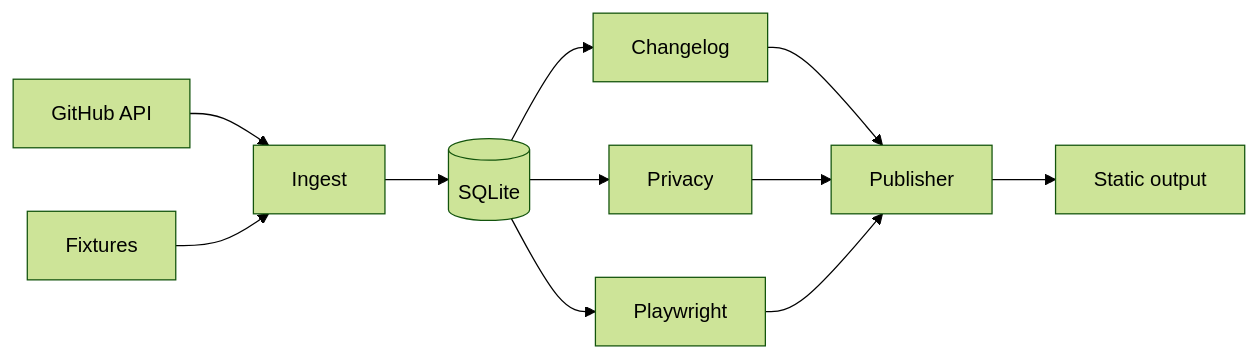
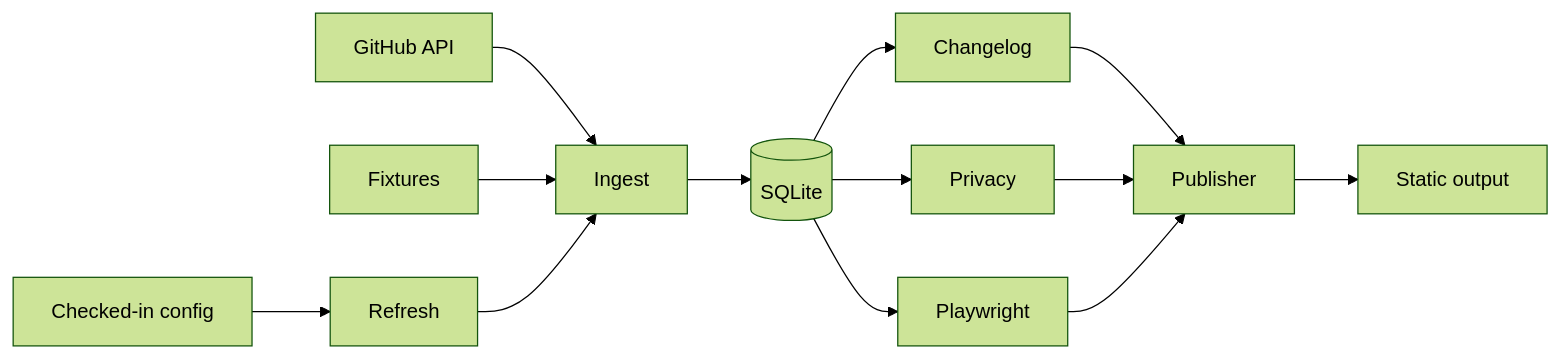
The diagram in README.md (DanielCuevas1208/engineer-profile), drawn with Mermaid (forest theme) before and after one commit. The commit also changed other lines of this file and 11 other files, not shown here.

````diff
--- a/README.md
+++ b/README.md
@@ -21,13 +20,15 @@
 ```mermaid
 flowchart LR
+  C[Checked-in config] --> R[Refresh]
   G[GitHub API] --> I[Ingest]
   F[Fixtures] --> I
+  R --> I
   I --> D[(SQLite)]
-  D --> C[Changelog]
+  D --> L[Changelog]
   D --> P[Privacy]
   D --> S[Playwright]
-  C --> W[Publisher]
+  L --> W[Publisher]
   P --> W
   S --> W
   W --> O[Static output]
 ```
````
